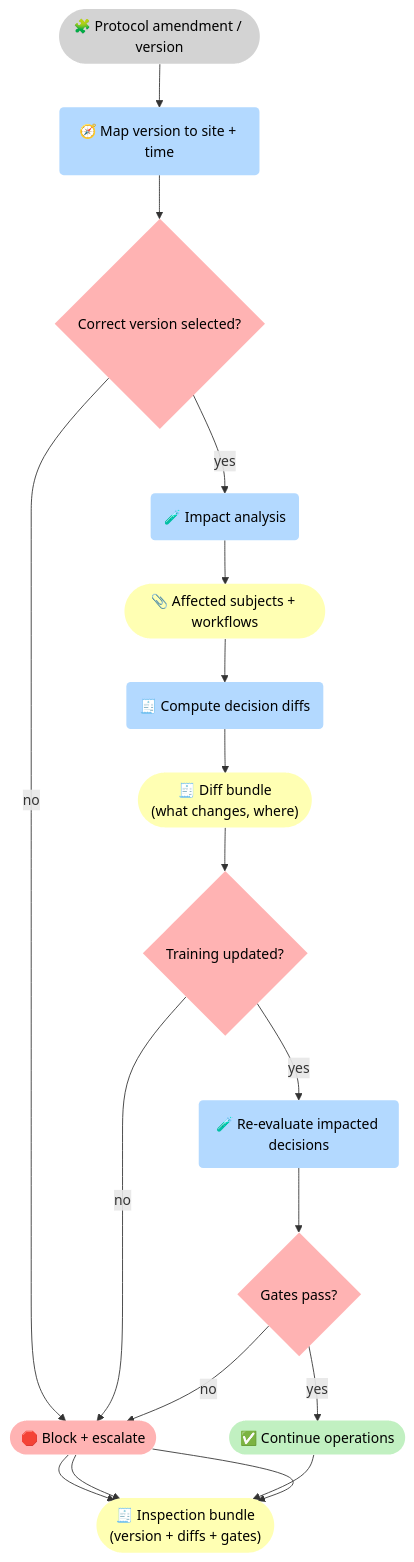
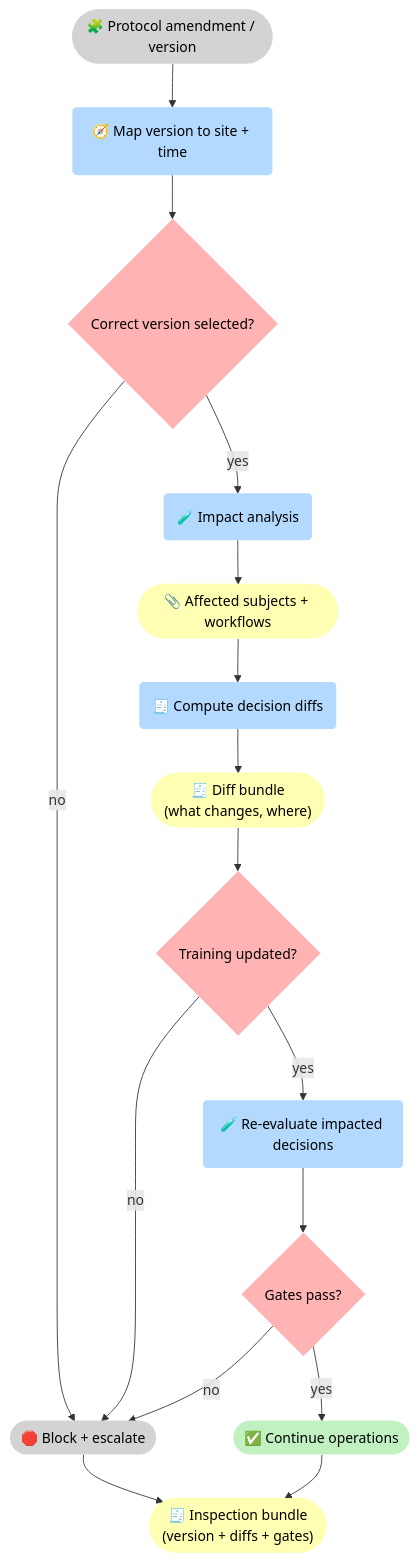
The third of 3 diagrams in docs/case-studies/pharma-clinical-ops.md (5Reasons/5reasons.github.io), drawn with Mermaid before and after one commit. The commit also changed other lines of this file and 14 other files, not shown here.

First line of the commit message:
Refactor diagrams and improve clarity in blog posts and case studies

````diff
--- a/docs/case-studies/pharma-clinical-ops.md
+++ b/docs/case-studies/pharma-clinical-ops.md
@@ -179,36 +179,36 @@
 ```mermaid
 flowchart TB
 %% Styles (brModel Standard)
 classDef i fill:#D3D3D3,stroke-width:0px,color:#000;
 classDef p fill:#B3D9FF,stroke-width:0px,color:#000;
 classDef r fill:#FFFFB3,stroke-width:0px,color:#000;
 classDef o fill:#C1F0C1,stroke-width:0px,color:#000;
 classDef s fill:#FFB3B3,stroke-width:0px,color:#000;
 
 I_Am(["🧩 Protocol amendment / version"]):::i
 P_Map("🧭 Map version to site + time"):::p
 G_Ver{"Correct version selected?"}:::s
-S_Stop(["🛑 Block + escalate"]):::s
+S_Stop(["🛑 Block + escalate"]):::i
 
 P_Impact("🧪 Impact analysis"):::p
 R_Aff(["📎 Affected subjects + workflows"]):::r
 P_Diff("🧾 Compute decision diffs"):::p
 R_Diff(["🧾 Diff bundle<br>(what changes, where)"]):::r
 
 G_Train{"Training updated?"}:::s
 P_Reeval("🧪 Re-evaluate impacted decisions"):::p
 G_Gate{"Gates pass?"}:::s
 
 O_OK(["✅ Continue operations"]):::o
 R_Tr(["🧾 Inspection bundle<br>(version + diffs + gates)"]):::r
 
 I_Am --> P_Map --> G_Ver
 G_Ver -->|"no"| S_Stop --> R_Tr
 G_Ver -->|"yes"| P_Impact --> R_Aff --> P_Diff --> R_Diff --> G_Train
 
-G_Train -->|"no"| S_Stop --> R_Tr
+G_Train -->|"no"| S_Stop 
 G_Train -->|"yes"| P_Reeval --> G_Gate
 
 G_Gate -->|"yes"| O_OK --> R_Tr
-G_Gate -->|"no"| S_Stop --> R_Tr
+G_Gate -->|"no"| S_Stop 
 ```
````
